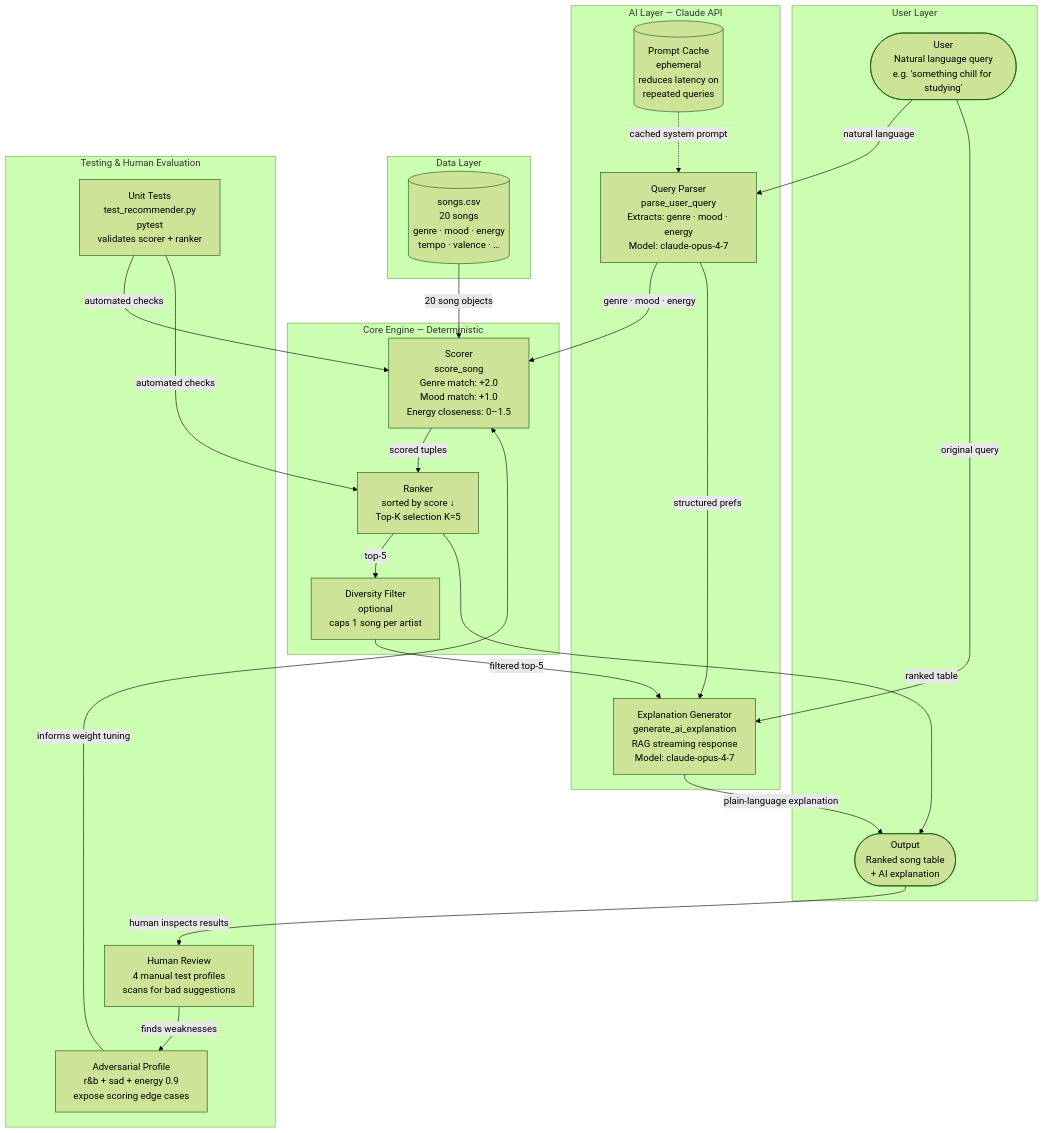
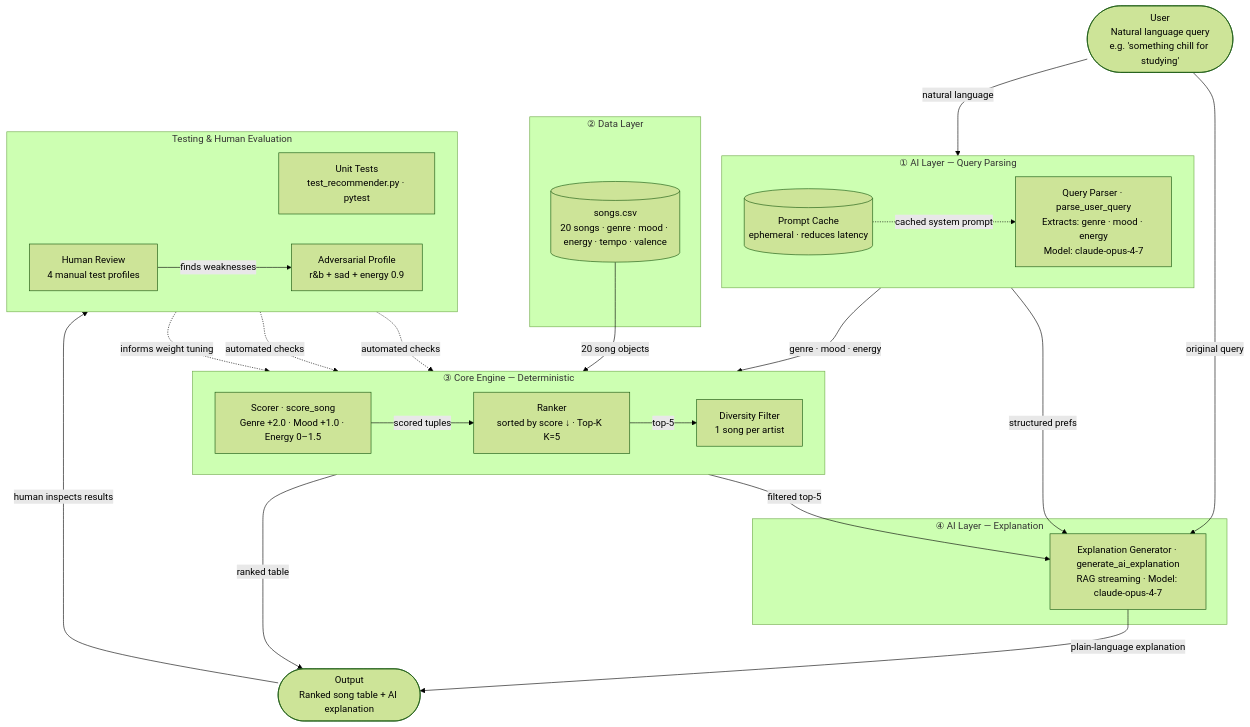
One commit to Snehadeshpande01/applied-ai-system-project changed the diagram in README.md. Above: the diagram before and after it, drawn with Mermaid (forest theme).

Commit message:
Reorganised system architecture mermaid chart.

````diff
--- a/README.md
+++ b/README.md
@@ -25,47 +25,53 @@
 ```mermaid
 flowchart TD
-    subgraph USER["User Layer"]
-        U(["User\nNatural language query\ne.g. 'something chill for studying'"])
-        OUT(["Output\nRanked song table\n+ AI explanation"])
+    U(["User\nNatural language query\ne.g. 'something chill for studying'"])
+
+    subgraph AI_IN["① AI Layer — Query Parsing"]
+        direction LR
+        CACHE[("Prompt Cache\nephemeral · reduces latency")]
+        NLP["Query Parser · parse_user_query\nExtracts: genre · mood · energy\nModel: claude-opus-4-7"]
+        CACHE -.->|"cached system prompt"| NLP
     end
 
-    subgraph AI["AI Layer — Claude API"]
-        NLP["Query Parser\nparse_user_query\nExtracts: genre · mood · energy\nModel: claude-opus-4-7"]
-        EXP["Explanation Generator\ngenerate_ai_explanation\nRAG streaming response\nModel: claude-opus-4-7"]
-        CACHE[("Prompt Cache\nephemeral\nreduces latency on\nrepeated queries")]
+    subgraph DATA["② Data Layer"]
+        CSV[("songs.csv\n20 songs · genre · mood · energy · tempo · valence")]
     end
 
-    subgraph CORE["Core Engine — Deterministic"]
-        SCORE["Scorer\nscore_song\nGenre match: +2.0\nMood match:  +1.0\nEnergy closeness: 0–1.5"]
-        RANK["Ranker\nsorted by score ↓\nTop-K selection  K=5"]
-        DIV["Diversity Filter\noptional\ncaps 1 song per artist"]
+    subgraph CORE["③ Core Engine — Deterministic"]
+        direction LR
+        SCORE["Scorer · score_song\nGenre +2.0 · Mood +1.0 · Energy 0–1.5"]
+        RANK["Ranker\nsorted by score ↓ · Top-K  K=5"]
+        DIV["Diversity Filter\n1 song per artist"]
+        SCORE -->|"scored tuples"| RANK -->|"top-5"| DIV
     end
 
-    subgraph DATA["Data Layer"]
-        CSV[("songs.csv\n20 songs\ngenre · mood · energy\ntempo · valence · …")]
+    subgraph AI_OUT["④ AI Layer — Explanation"]
+        EXP["Explanation Generator · generate_ai_explanation\nRAG streaming · Model: claude-opus-4-7"]
     end
 
+    OUT(["Output\nRanked song table + AI explanation"])
+
     subgraph EVAL["Testing & Human Evaluation"]
-        UNIT["Unit Tests\ntest_recommender.py\npytest\nvalidates scorer + ranker"]
-        HUMAN["Human Review\n4 manual test profiles\nscans for bad suggestions"]
-        ADV["Adversarial Profile\nr&b + sad + energy 0.9\nexpose scoring edge cases"]
+        direction LR
+        UNIT["Unit Tests\ntest_recommender.py · pytest"]
+        HUMAN["Human Review\n4 manual test profiles"]
+        ADV["Adversarial Profile\nr&b + sad + energy 0.9"]
+        HUMAN -->|"finds weaknesses"| ADV
     end
 
-    U -->|"natural language"| NLP
-    CACHE -.->|"cached system prompt"| NLP
-    NLP -->|"genre · mood · energy"| SCORE
-    CSV -->|"20 song objects"| SCORE
-    SCORE -->|"scored tuples"| RANK
-    RANK -->|"top-5"| DIV
-    DIV -->|"filtered top-5"| EXP
-    NLP -->|"structured prefs"| EXP
-    U -->|"original query"| EXP
-    EXP -->|"plain-language explanation"| OUT
-    RANK -->|"ranked table"| OUT
+    %% Main pipeline
+    U          -->|"natural language"| NLP
+    NLP        -->|"genre · mood · energy"| SCORE
+    CSV        -->|"20 song objects"| SCORE
+    DIV        -->|"filtered top-5"| EXP
+    NLP        -->|"structured prefs"| EXP
+    U          -->|"original query"| EXP
+    EXP        -->|"plain-language explanation"| OUT
+    RANK       -->|"ranked table"| OUT
 
-    UNIT -->|"automated checks"| SCORE
-    UNIT -->|"automated checks"| RANK
-    OUT -->|"human inspects results"| HUMAN
-    HUMAN -->|"finds weaknesses"| ADV
-    ADV -->|"informs weight tuning"| SCORE
+    %% Validation & feedback
+    UNIT       -.->|"automated checks"| SCORE
+    UNIT       -.->|"automated checks"| RANK
+    OUT        -->|"human inspects results"| HUMAN
+    ADV        -.->|"informs weight tuning"| SCORE
 ```
````
